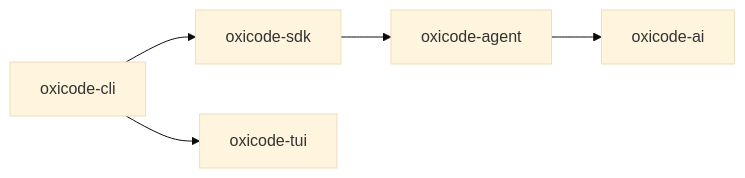
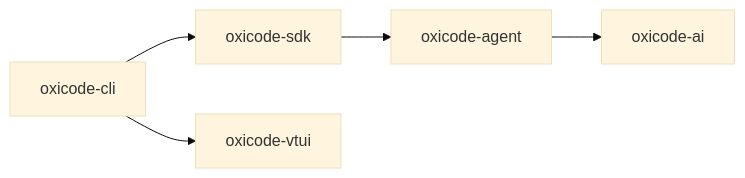
The diagram in README.md (a7garden/oxi), drawn with Mermaid (base theme) before and after one commit. The commit also changed other lines of this file and 74 other files, not shown here.

First line of the commit message:
chore(tui): delete dead oxicode-tui crate and sweep references

````diff
--- a/README.md
+++ b/README.md
@@ -110,7 +110,7 @@
 ```mermaid
 graph LR
     A[oxicode-cli] --> B[oxicode-sdk]
-    A --> C[oxicode-tui]
+    A --> C[oxicode-vtui]
     B --> E[oxicode-agent]
     E --> F[oxicode-ai]
 ```
````
